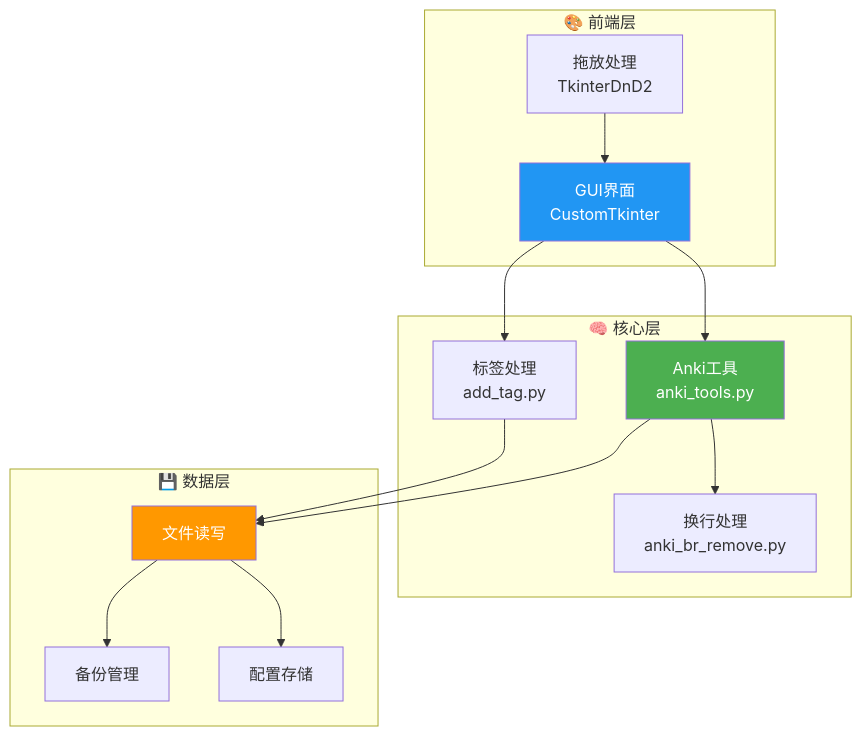
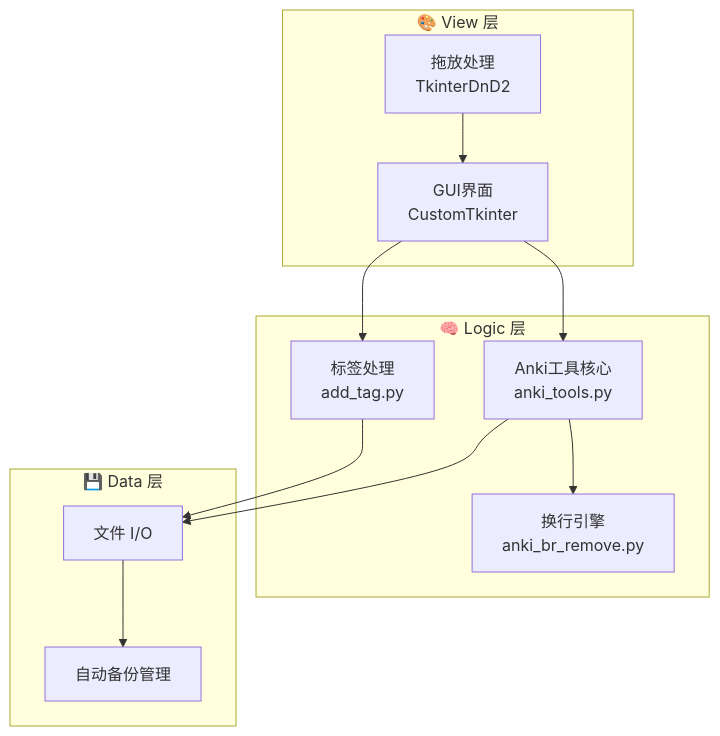
One commit to SaintFore/tool_for_anki changed the third of 3 diagrams in README.md. Above: the diagram before and after it, drawn with Mermaid. The commit also changed other lines of this file, not shown here.

Commit message:
docs: upgrade tool_for_anki readme with proper branding

````diff
--- a/README.md
+++ b/README.md
@@ -187,32 +84,26 @@
 ```mermaid
 graph TB
-    subgraph "🎨 前端层"
+    subgraph "🎨 View 层"
         A[GUI界面<br/>CustomTkinter]
         B[拖放处理<br/>TkinterDnD2]
     end
     
-    subgraph "🧠 核心层"
-        C[Anki工具<br/>anki_tools.py]
+    subgraph "🧠 Logic 层"
+        C[Anki工具核心<br/>anki_tools.py]
         D[标签处理<br/>add_tag.py]
-        E[换行处理<br/>anki_br_remove.py]
+        E[换行引擎<br/>anki_br_remove.py]
     end
     
-    subgraph "💾 数据层"
-        F[文件读写]
-        G[备份管理]
-        H[配置存储]
+    subgraph "💾 Data 层"
+        F[文件 I/O]
+        G[自动备份管理]
     end
     
     A --> C
     A --> D
     B --> A
     C --> E
     C --> F
     D --> F
     F --> G
-    F --> H
-    
-    style A fill:#2196f3,color:#fff
-    style C fill:#4caf50,color:#fff
-    style F fill:#ff9800,color:#fff
 ```
````
